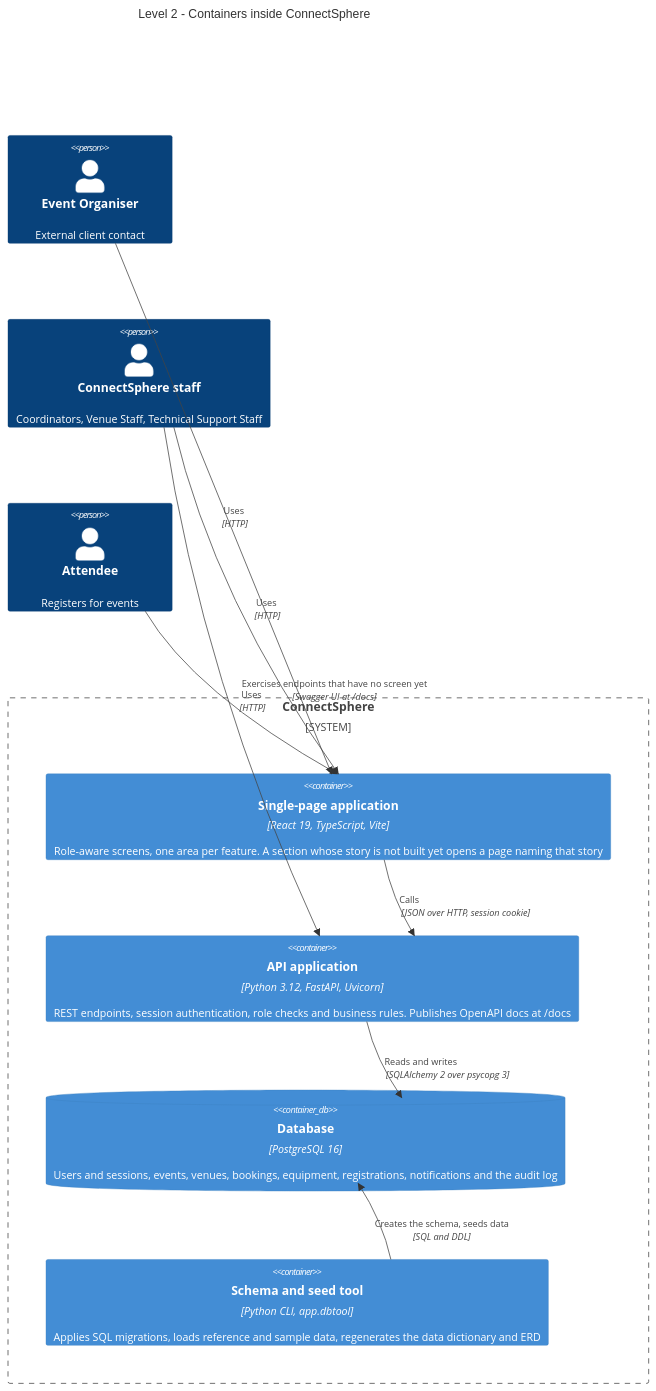
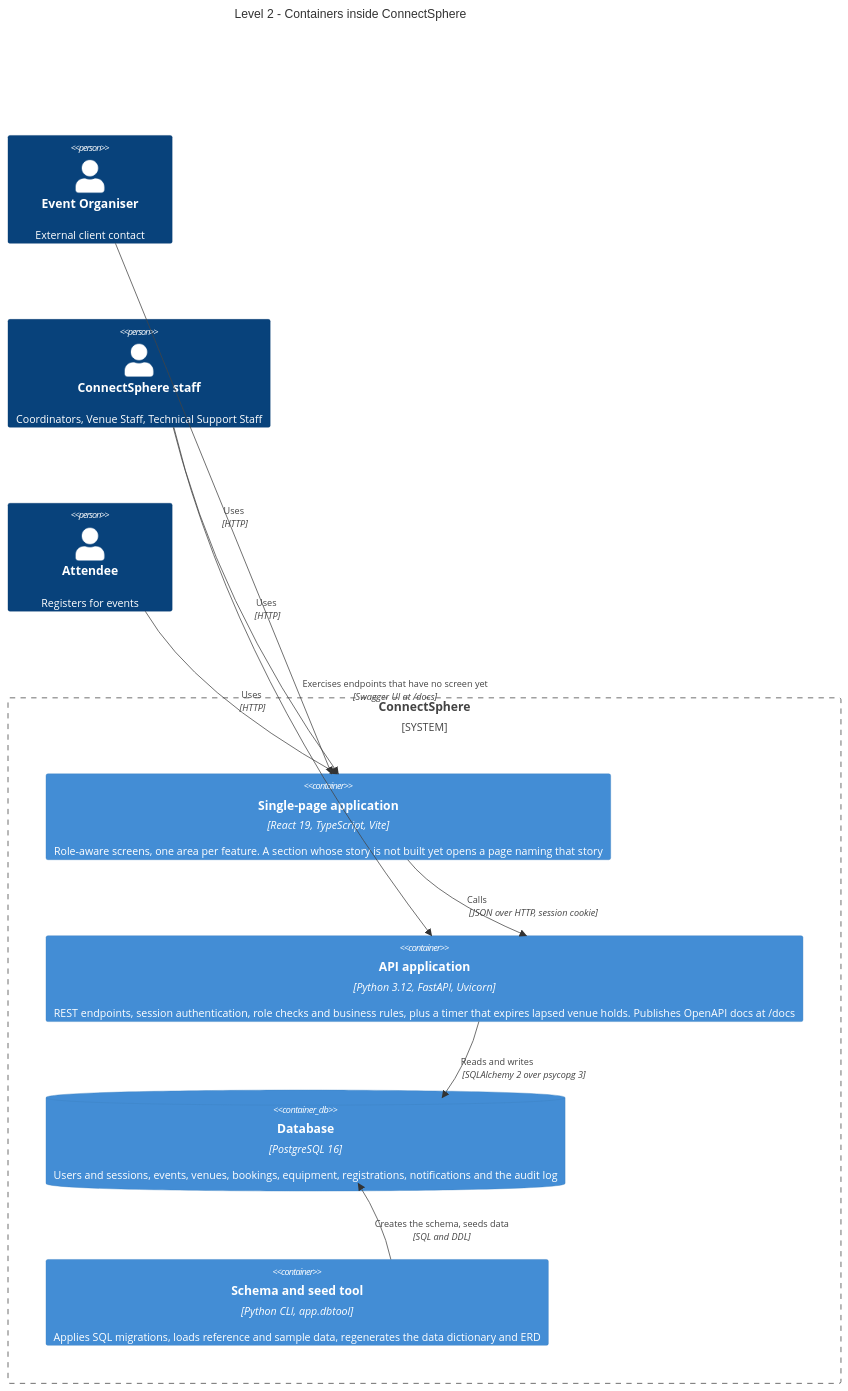
Before and after one commit to mecmk/SPM-G5: the second of 7 diagrams in docs/C4_MODEL.md, drawn with Mermaid. The commit also changed other lines of this file and 47 other files, not shown here.

First line of the commit message:
feat: expire tentative venue holds (s12.7) (#103)

````diff
--- a/docs/C4_MODEL.md
+++ b/docs/C4_MODEL.md
@@ -52,25 +52,25 @@
 ```mermaid
 C4Container
     title Level 2 - Containers inside ConnectSphere
 
     Person(organiser, "Event Organiser", "External client contact")
     Person(staff, "ConnectSphere staff", "Coordinators, Venue Staff, Technical Support Staff")
     Person(attendee, "Attendee", "Registers for events")
 
     System_Boundary(connectsphere, "ConnectSphere") {
         Container(spa, "Single-page application", "React 19, TypeScript, Vite", "Role-aware screens, one area per feature. A section whose story is not built yet opens a page naming that story")
-        Container(api, "API application", "Python 3.12, FastAPI, Uvicorn", "REST endpoints, session authentication, role checks and business rules. Publishes OpenAPI docs at /docs")
+        Container(api, "API application", "Python 3.12, FastAPI, Uvicorn", "REST endpoints, session authentication, role checks and business rules, plus a timer that expires lapsed venue holds. Publishes OpenAPI docs at /docs")
         ContainerDb(db, "Database", "PostgreSQL 16", "Users and sessions, events, venues, bookings, equipment, registrations, notifications and the audit log")
         Container(dbtool, "Schema and seed tool", "Python CLI, app.dbtool", "Applies SQL migrations, loads reference and sample data, regenerates the data dictionary and ERD")
     }
 
     Rel(organiser, spa, "Uses", "HTTP")
     Rel(staff, spa, "Uses", "HTTP")
     Rel(attendee, spa, "Uses", "HTTP")
     Rel(staff, api, "Exercises endpoints that have no screen yet", "Swagger UI at /docs")
     Rel(spa, api, "Calls", "JSON over HTTP, session cookie")
     Rel(api, db, "Reads and writes", "SQLAlchemy 2 over psycopg 3")
     Rel(dbtool, db, "Creates the schema, seeds data", "SQL and DDL")
 
     UpdateLayoutConfig($c4ShapeInRow="2", $c4BoundaryInRow="1")
 ```
````
